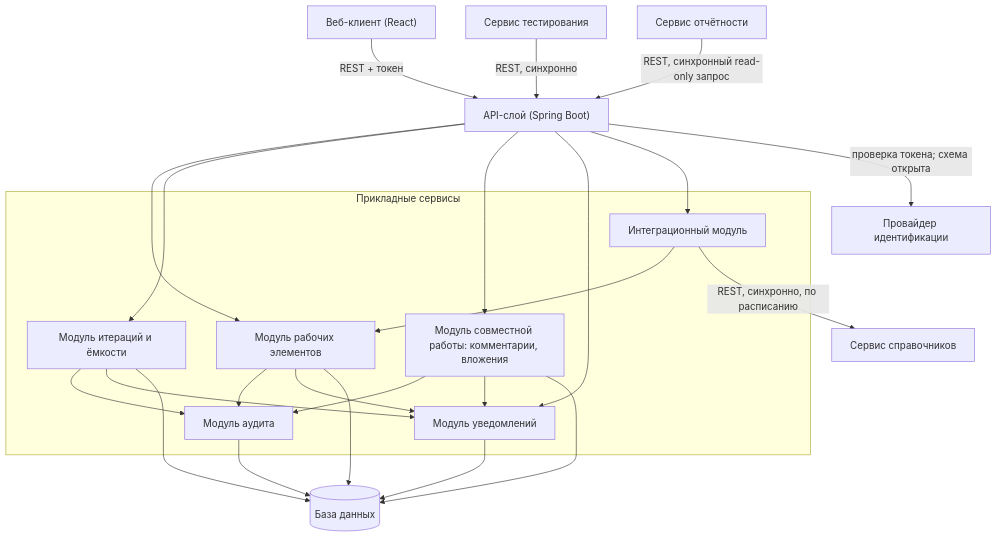
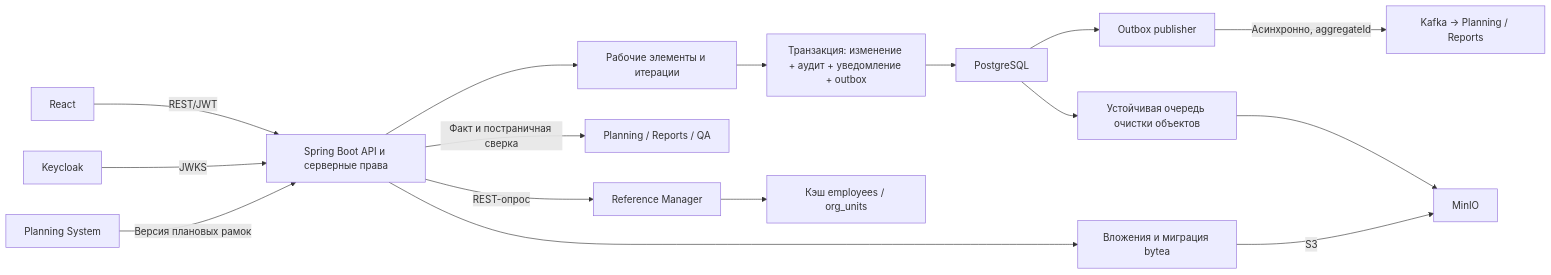
One commit to MEPhI-C22-501/arch-info-system-monorepo changed the diagram in task-tracker/docs/block-h-architecture-and-logic/146.logic-scheme.md. Above: the diagram before and after it, drawn with Mermaid. The commit also changed other lines of this file and 34 other files, not shown here.

````diff
--- a/task-tracker/docs/block-h-architecture-and-logic/146.logic-scheme.md
+++ b/task-tracker/docs/block-h-architecture-and-logic/146.logic-scheme.md
@@ -6,37 +5,18 @@
 ```mermaid
-flowchart TB
-    UI["Веб-клиент (React)"] -->|REST + токен| API["API-слой (Spring Boot)"]
-
-    subgraph Domain["Прикладные сервисы"]
-        WI["Модуль рабочих элементов"]
-        IT["Модуль итераций и ёмкости"]
-        COL["Модуль совместной работы: комментарии, вложения"]
-        AUD["Модуль аудита"]
-        NOT["Модуль уведомлений"]
-        INT["Интеграционный модуль"]
-    end
-
-    API --> WI
-    API --> IT
-    API --> COL
-    API --> NOT
-    API --> INT
-    WI --> AUD
-    IT --> AUD
-    COL --> AUD
-    WI --> NOT
-    IT --> NOT
-    COL --> NOT
-
-    WI --> DB[("База данных")]
-    IT --> DB
-    COL --> DB
-    AUD --> DB
-    NOT --> DB
-
-    API -->|проверка токена; схема открыта| IdP["Провайдер идентификации"]
-    Tests["Сервис тестирования"] -->|REST, синхронно| API
-    INT --> WI
-    Reports["Сервис отчётности"] -->|REST, синхронный read-only запрос| API
-    INT -->|REST, синхронно, по расписанию| Refs["Сервис справочников"]
+flowchart LR
+    UI["React"] -->|"REST/JWT"| API["Spring Boot API и серверные права"]
+    KC["Keycloak"] -->|"JWKS"| API
+    PS["Planning System"] -->|"Версия плановых рамок"| API
+    API --> Work["Рабочие элементы и итерации"]
+    Work --> TX["Транзакция: изменение + аудит + уведомление + outbox"]
+    TX --> DB["PostgreSQL"]
+    DB --> Publisher["Outbox publisher"]
+    Publisher -->|"Асинхронно, aggregateId"| Kafka["Kafka → Planning / Reports"]
+    API -->|"Факт и постраничная сверка"| Consumers["Planning / Reports / QA"]
+    API -->|"REST-опрос"| RM["Reference Manager"]
+    RM --> Cache["Кэш employees / org_units"]
+    API --> Storage["Вложения и миграция bytea"]
+    Storage -->|"S3"| Minio["MinIO"]
+    DB --> Cleanup["Устойчивая очередь очистки объектов"]
+    Cleanup --> Minio
 ```
````
